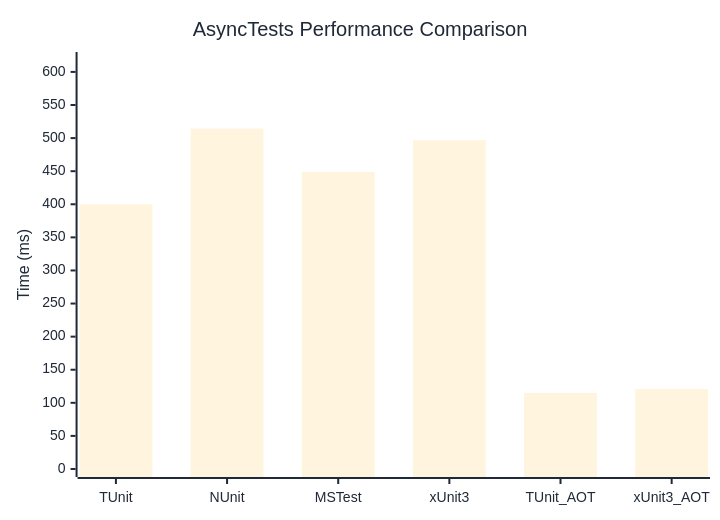
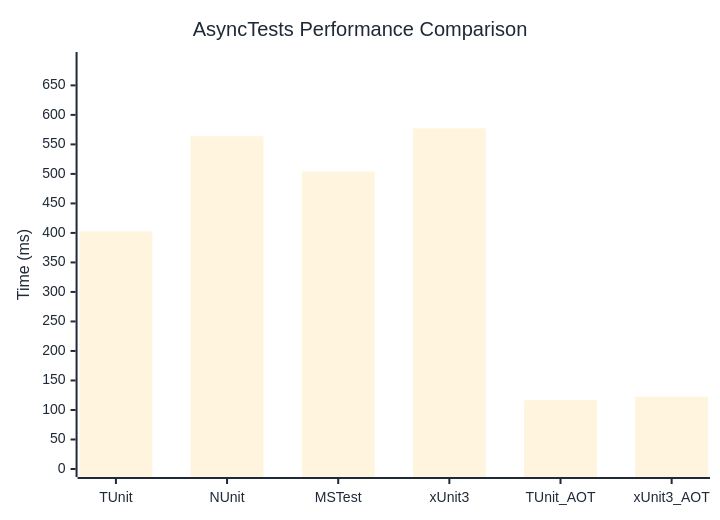
Before and after one commit to thomhurst/TUnit: the diagram in docs/docs/benchmarks/engine/AsyncTests.md, drawn with Mermaid. The commit also changed other lines of this file and 17 other files, not shown here.

````diff
--- a/docs/docs/benchmarks/engine/AsyncTests.md
+++ b/docs/docs/benchmarks/engine/AsyncTests.md
@@ -30,37 +30,37 @@
 ```mermaid
 %%{init: {
   'theme':'base',
   'themeVariables': {
     'primaryColor': '#2563eb',
     'primaryTextColor': '#1f2937',
     'primaryBorderColor': '#1e40af',
     'lineColor': '#6b7280',
     'secondaryColor': '#7c3aed',
     'tertiaryColor': '#dc2626',
     'background': '#ffffff',
     'mainBkg': '#2563eb',
     'secondBkg': '#7c3aed',
     'tertiaryBkg': '#dc2626',
     'clusterBkg': '#f3f4f6',
     'edgeLabelBackground': '#ffffff',
     'tertiaryTextColor': '#1f2937',
     'pie1': '#2563eb',
     'pie2': '#7c3aed',
     'pie3': '#dc2626',
     'pie4': '#f59e0b',
     'pie5': '#10b981',
     'pie6': '#06b6d4',
     'pie7': '#ec4899',
     'pie8': '#6366f1',
     'pie9': '#84cc16',
     'pie10': '#f97316',
     'pie11': '#14b8a6',
     'pie12': '#a855f7'
   }
 }}%%
 xychart-beta
   title "AsyncTests Performance Comparison"
   x-axis ["TUnit", "NUnit", "MSTest", "xUnit3", "TUnit_AOT", "xUnit3_AOT"]
-  y-axis "Time (ms)" 0 --> 618
-  bar [400, 514.4, 449, 496.8, 115, 120.7]
+  y-axis "Time (ms)" 0 --> 693
+  bar [402.5, 563.8, 503.8, 577.2, 116.7, 122.5]
 ```
````
